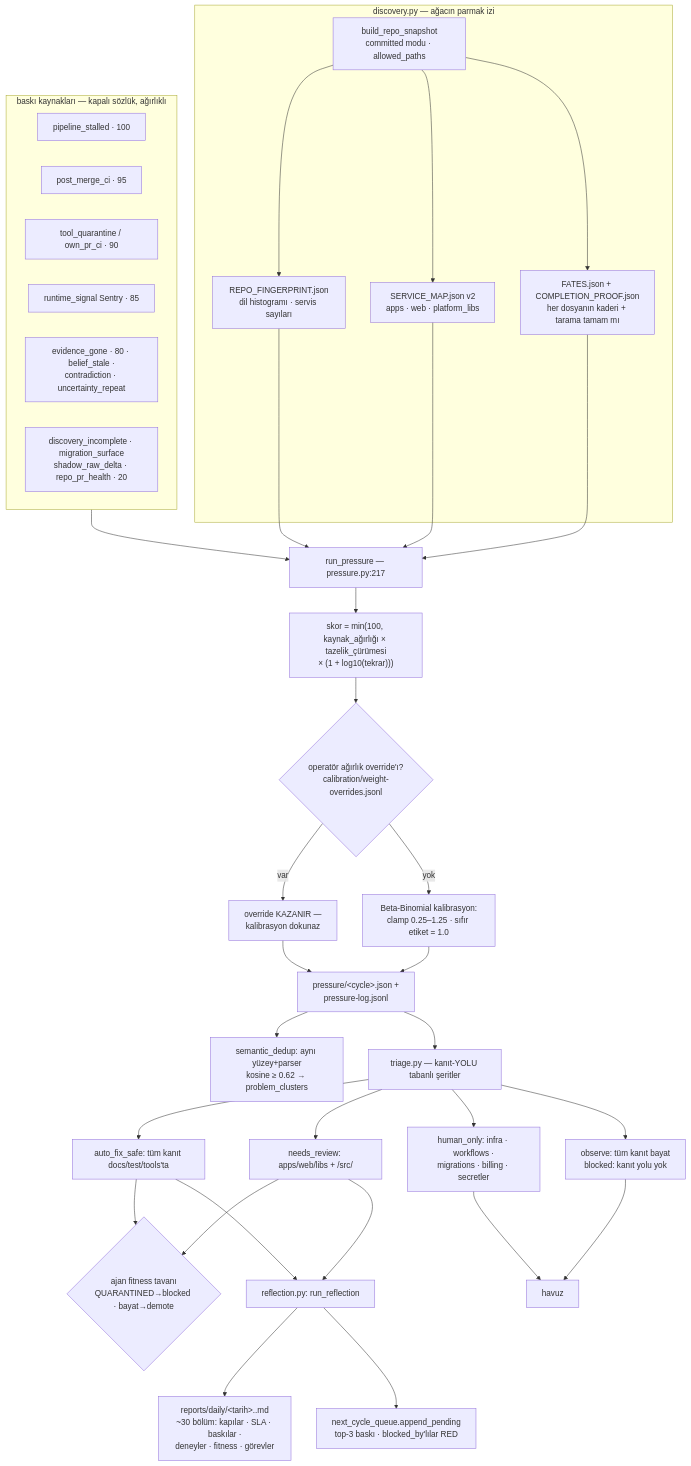
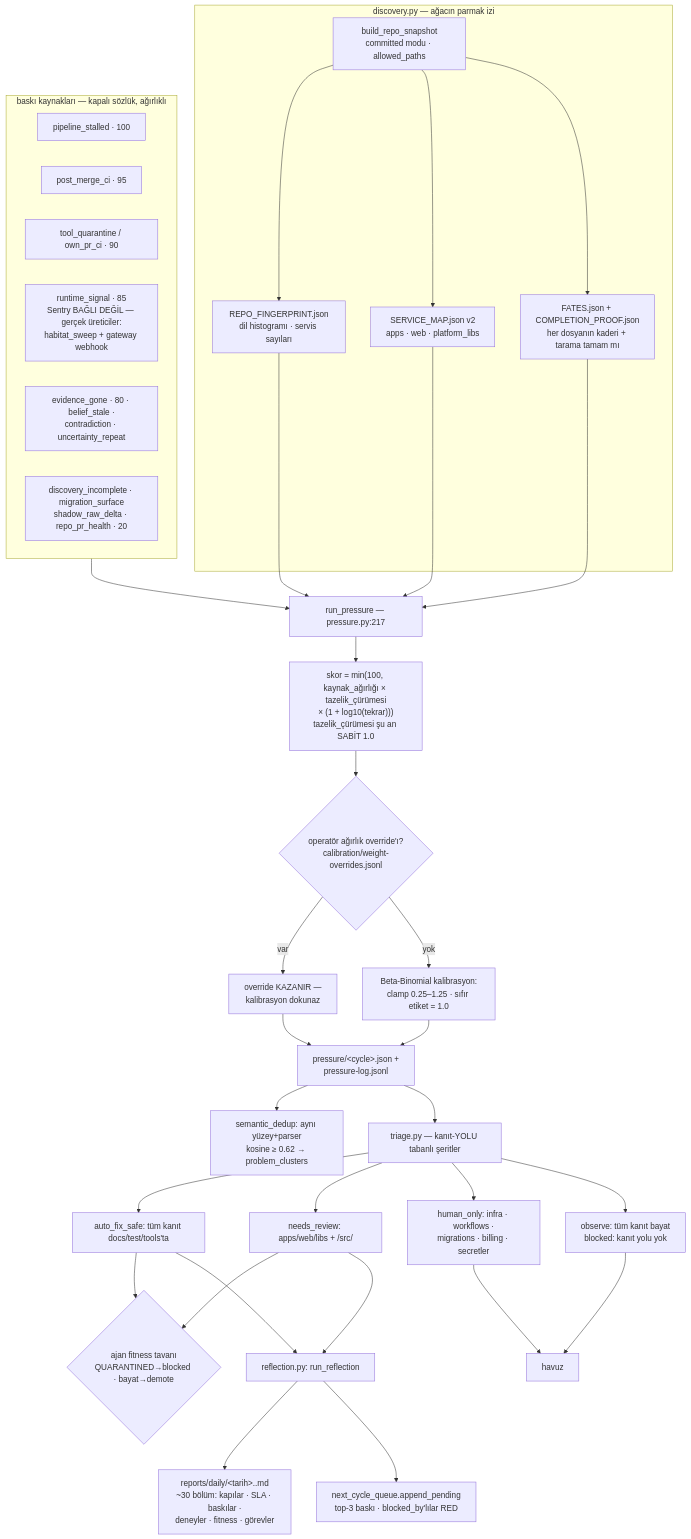
The ninth of 25 diagrams in ARIA-MIMARI-SEMALARI.md (Okan-wqm/aquaculture_platform), drawn with Mermaid before and after one commit. The commit also changed other lines of this file and 2 other files, not shown here.

````diff
--- a/ARIA-MIMARI-SEMALARI.md
+++ b/ARIA-MIMARI-SEMALARI.md
@@ -373,34 +376,34 @@
 ```mermaid
 flowchart TD
     subgraph DISCOVERY[discovery.py — ağacın parmak izi]
         D1[build_repo_snapshot<br/>committed modu · allowed_paths] --> D2[REPO_FINGERPRINT.json<br/>dil histogramı · servis sayıları]
         D1 --> D3[SERVICE_MAP.json v2<br/>apps · web · platform_libs]
         D1 --> D4[FATES.json + COMPLETION_PROOF.json<br/>her dosyanın kaderi + tarama tamam mı]
     end
     D2 & D3 & D4 --> P[run_pressure — pressure.py:217]
     subgraph SOURCES[baskı kaynakları — kapalı sözlük, ağırlıklı]
         S1[pipeline_stalled · 100]
         S2[post_merge_ci · 95]
         S3[tool_quarantine / own_pr_ci · 90]
-        S4[runtime_signal Sentry · 85]
+        S4[runtime_signal · 85<br/>Sentry BAĞLI DEĞİL — gerçek üreticiler:<br/>habitat_sweep + gateway webhook]
         S5[evidence_gone · 80 · belief_stale ·<br/>contradiction · uncertainty_repeat]
         S6[discovery_incomplete · migration_surface<br/>shadow_raw_delta · repo_pr_health · 20]
     end
     SOURCES --> P
-    P --> W["skor = min(100, kaynak_ağırlığı × tazelik_çürümesi<br/>× (1 + log10(tekrar)))"]
+    P --> W["skor = min(100, kaynak_ağırlığı × tazelik_çürümesi<br/>× (1 + log10(tekrar)))<br/>tazelik_çürümesi şu an SABİT 1.0"]
     W --> OV{operatör ağırlık override'ı?<br/>calibration/weight-overrides.jsonl}
     OV -- var --> W2[override KAZANIR —<br/>kalibrasyon dokunaz]
     OV -- yok --> W3[Beta-Binomial kalibrasyon:<br/>clamp 0.25–1.25 · sıfır etiket = 1.0]
     W2 & W3 --> OUT[pressure/&lt;cycle&gt;.json +<br/>pressure-log.jsonl]
     OUT --> SD[semantic_dedup: aynı yüzey+parser<br/>kosine ≥ 0.62 → problem_clusters]
     OUT --> TR[triage.py — kanıt-YOLU tabanlı şeritler]
     TR --> T1[auto_fix_safe: tüm kanıt docs/test/tools'ta]
     TR --> T2[needs_review: apps/web/libs + /src/]
     TR --> T3[human_only: infra · workflows ·<br/>migrations · billing · secretler]
     TR --> T4[observe: tüm kanıt bayat<br/>blocked: kanıt yolu yok]
     T1 & T2 --> AGF{ajan fitness tavanı<br/>QUARANTINED→blocked · bayat→demote}
     T3 & T4 --> HR[havuz]
     T1 & T2 --> RF[reflection.py: run_reflection]
     RF --> RP[reports/daily/&lt;tarih&gt;..md<br/>~30 bölüm: kapılar · SLA · baskılar ·<br/>deneyler · fitness · görevler]
     RF --> NCQ[next_cycle_queue.append_pending<br/>top-3 baskı · blocked_by'lılar RED]
 ```
````
